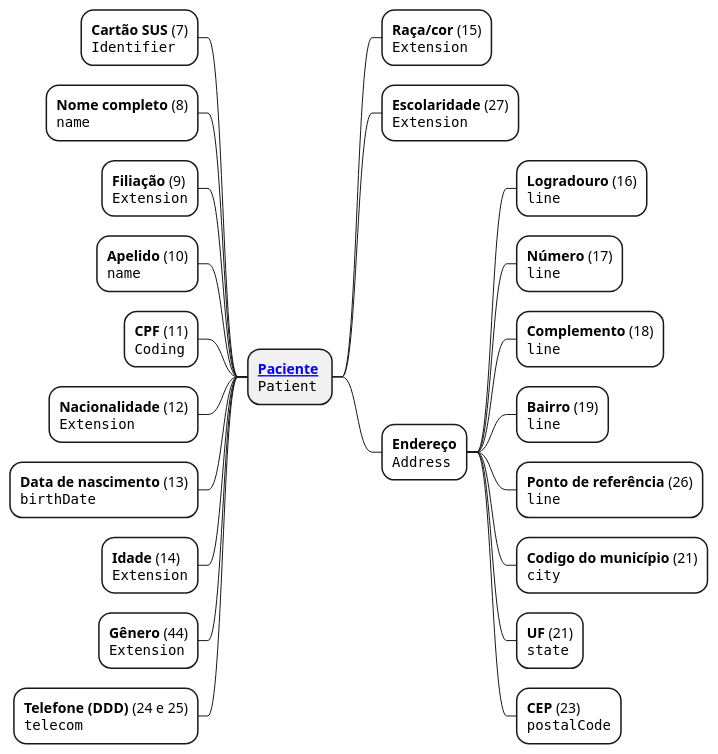
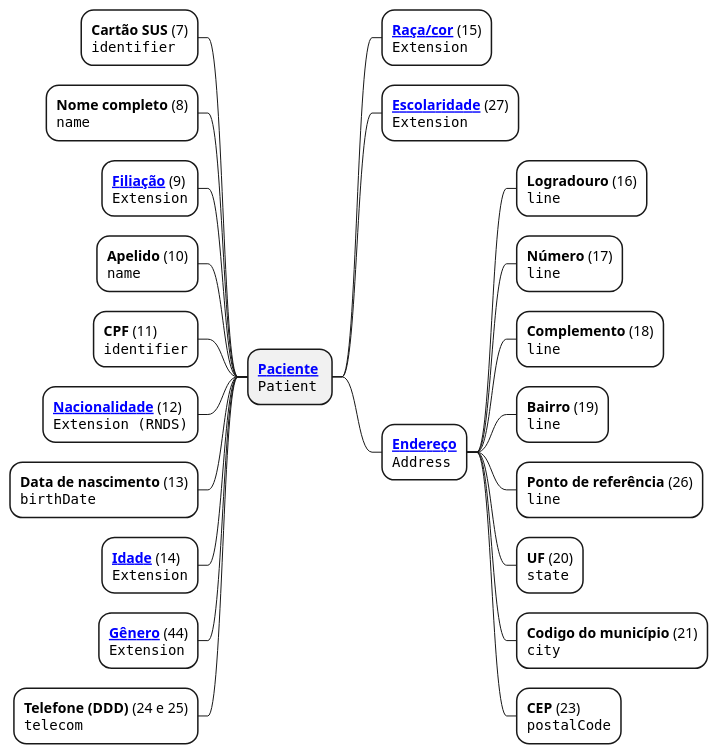
The diagram in input/images-source/paciente.plantuml (kyriosdata/farol), drawn with PlantUML before and after one commit. The commit also changed 4 other files, not shown here.

```diff
--- a/input/images-source/paciente.plantuml
+++ b/input/images-source/paciente.plantuml
@@ -1,27 +1,27 @@
 @startmindmap paciente
 
 + **[[StructureDefinition-paciente.html Paciente]] **\n""Patient""
---[#White] **Cartão SUS** (7)\n""Identifier""
+--[#White] **Cartão SUS** (7)\n""identifier""
 --[#White] **Nome completo** (8)\n""name""
---[#White] **Filiação** (9)\n""Extension""
+--[#White] **[[StructureDefinition-filiacao.html Filiação]]** (9)\n""Extension""
 --[#White] **Apelido** (10)\n""name""
---[#White] **CPF** (11)\n""Coding""
---[#White] **Nacionalidade** (12)\n""Extension""
+--[#White] **CPF** (11)\n""identifier""
+--[#White] **[[https://simplifier.net/redenacionaldedadosemsaude/brnacionalidade Nacionalidade]]** (12)\n""Extension (RNDS)""
 --[#White] **Data de nascimento** (13)\n""birthDate""
---[#White] **Idade** (14)\n""Extension""
---[#White] **Gênero** (44)\n""Extension""
+--[#White] **[[StructureDefinition-idade.html Idade]]** (14)\n""Extension""
+--[#White] **[[StructureDefinition-genero.html Gênero]]** (44)\n""Extension""
 --[#White] **Telefone (DDD)** (24 e 25)\n""telecom""
-++[#White] **Raça/cor** (15)\n""Extension""
-++[#White] **Escolaridade** (27)\n""Extension""
-++[#White] **Endereço**\n""Address""
+++[#White] **[[StructureDefinition-raca-etnia.html Raça/cor]]** (15)\n""Extension""
+++[#White] **[[StructureDefinition-escolaridade.html Escolaridade]]** (27)\n""Extension""
+++[#White] **[[StructureDefinition-endereco.html Endereço]]**\n""Address""
 +++[#White] **Logradouro** (16)\n""line""
 +++[#White] **Número** (17)\n""line""
 +++[#White] **Complemento** (18)\n""line""
 +++[#White] **Bairro** (19)\n""line""
 +++[#White] **Ponto de referência** (26)\n""line""
++++[#White] **UF** (20)\n""state""
 +++[#White] **Codigo do município** (21)\n""city""
-+++[#White] **UF** (21)\n""state""
 +++[#White] **CEP** (23)\n""postalCode""
 
 
 @enduml
```
